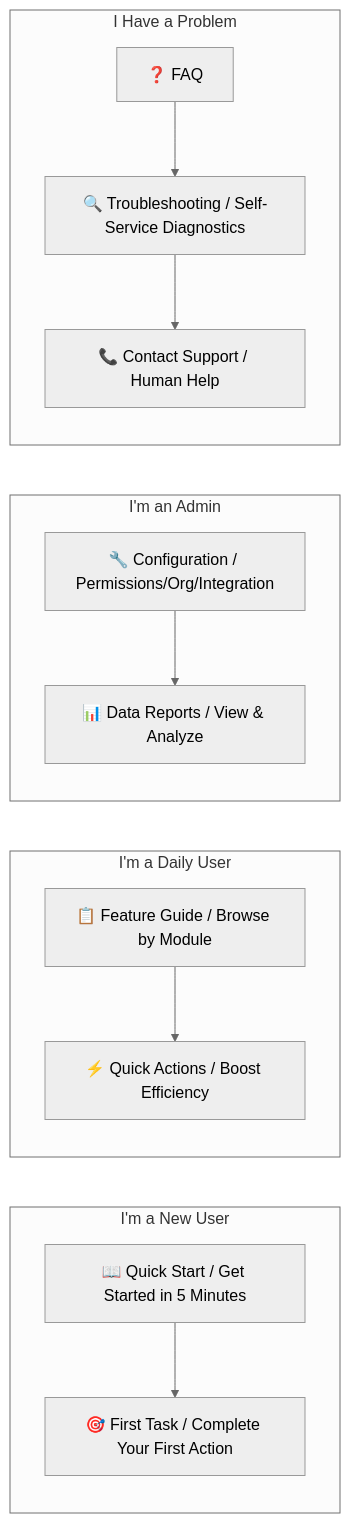
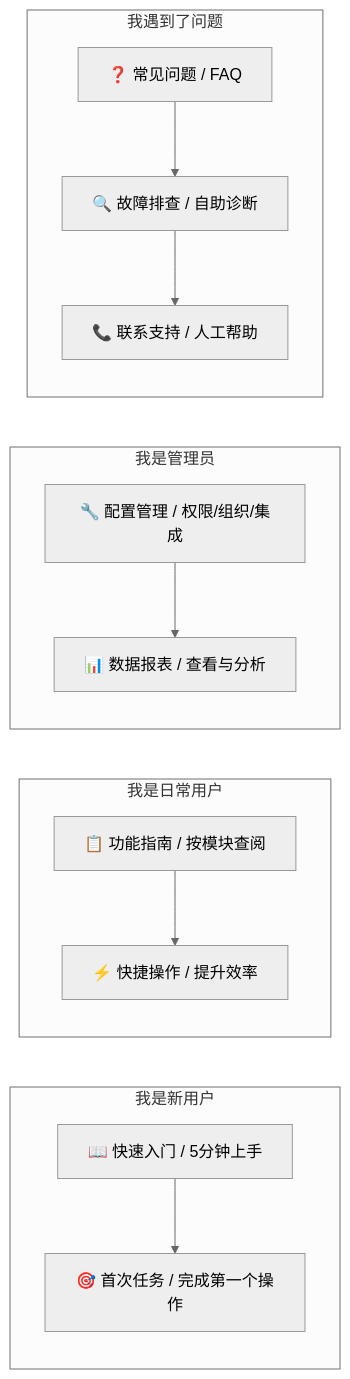
Before and after one commit to Kirky-X/cangjie: the first of 7 diagrams in templates/Product/Operations/Template-User-Guide.md, drawn with Mermaid (neutral theme). The commit also changed other lines of this file and 33 other files, not shown here.

````diff
--- a/templates/Product/Operations/Template-User-Guide.md
+++ b/templates/Product/Operations/Template-User-Guide.md
@@ -52,28 +52,28 @@
 ```mermaid
 flowchart LR
-    subgraph I'm a New User
-        A1[📖 Quick Start / Get Started in 5 Minutes]
-        A2[🎯 First Task / Complete Your First Action]
+    subgraph 我是新用户
+        A1[📖 快速入门 / 5分钟上手]
+        A2[🎯 首次任务 / 完成第一个操作]
     end
 
-    subgraph I'm a Daily User
-        B1[📋 Feature Guide / Browse by Module]
-        B2[⚡ Quick Actions / Boost Efficiency]
+    subgraph 我是日常用户
+        B1[📋 功能指南 / 按模块查阅]
+        B2[⚡ 快捷操作 / 提升效率]
     end
 
-    subgraph I'm an Admin
-        C1[🔧 Configuration / Permissions/Org/Integration]
-        C2[📊 Data Reports / View & Analyze]
+    subgraph 我是管理员
+        C1[🔧 配置管理 / 权限/组织/集成]
+        C2[📊 数据报表 / 查看与分析]
     end
 
-    subgraph I Have a Problem
-        D1[❓ FAQ]
-        D2[🔍 Troubleshooting / Self-Service Diagnostics]
-        D3[📞 Contact Support / Human Help]
+    subgraph 我遇到了问题
+        D1[❓ 常见问题 / FAQ]
+        D2[🔍 故障排查 / 自助诊断]
+        D3[📞 联系支持 / 人工帮助]
     end
 
     A1 --> A2
     B1 --> B2
     C1 --> C2
     D1 --> D2 --> D3
 ```
````
